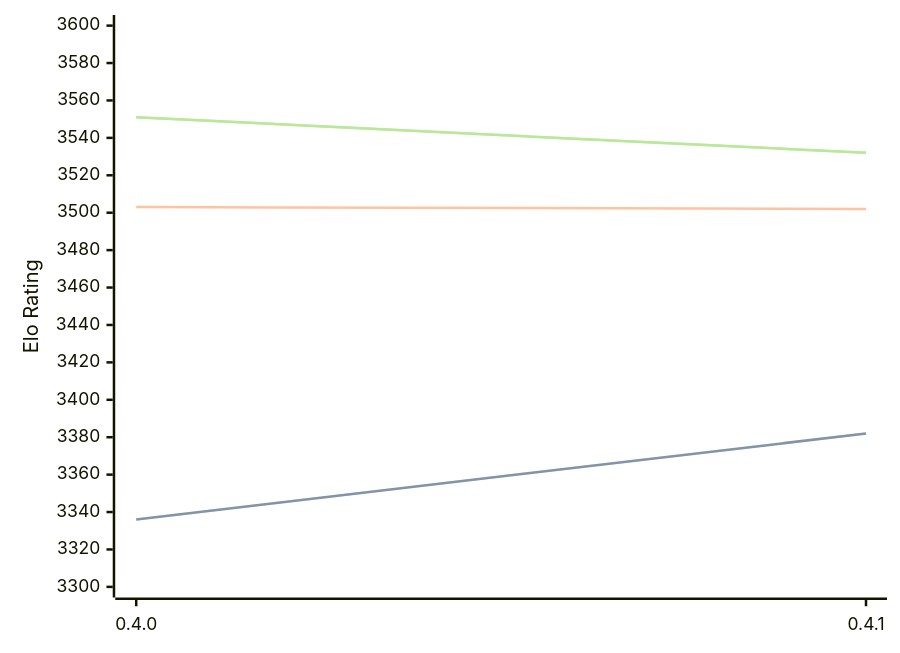
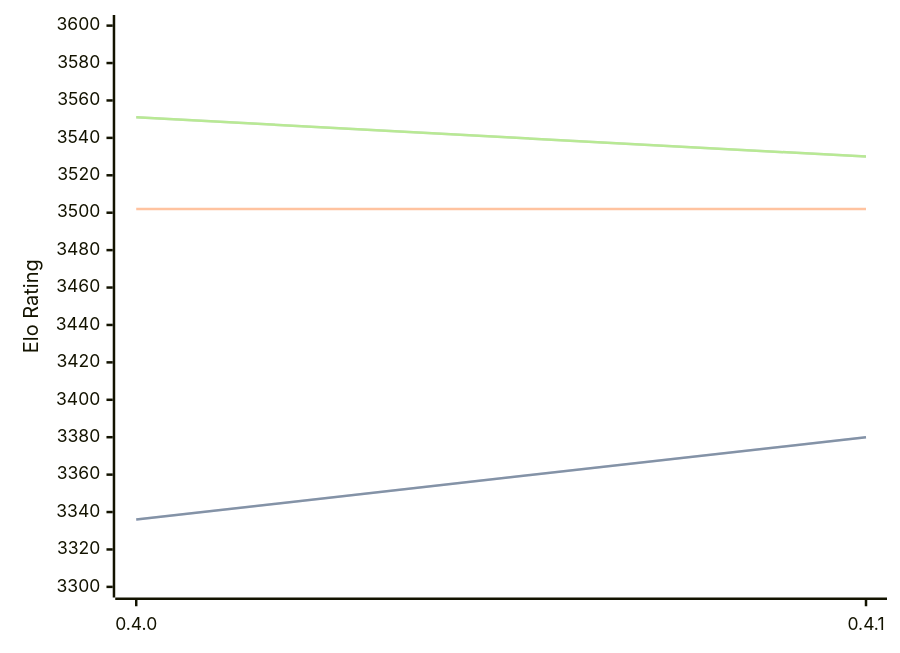
One commit to computer-chess-index/cci changed the diagram in engines/Cinder.md. Above: the diagram before and after it, drawn with Mermaid. The commit also changed other lines of this file, not shown here.

Commit message:
Update CCI Ratings (ELO VLTC) - 2026-03-30

````diff
--- a/engines/Cinder.md
+++ b/engines/Cinder.md
@@ -40,11 +40,11 @@
 ```mermaid
 %%{init: {"theme":"base","themeVariables":{"seriesColors:['#a3a3a3','#222221','#faa371']}}}%%
 xychart-beta
   x-axis ["0.4.0", "0.4.1"]
   y-axis "Elo Rating" 3300 --> 3600
-  line "STC (8.0+0.08s)" [3336, 3382]
-  line "STC (8.0+0.08s)" [3336, 3382]
-  line "LTC (60.0+0.60s)" [3503, 3502]
-  line "VLTC (2m24s+1.12s)" [3551, 3532]
-  line "VLTC (2m24s+1.12s)" [3551, 3532]
+  line "STC (8.0+0.08s)" [3336, 3380]
+  line "STC (8.0+0.08s)" [3336, 3380]
+  line "LTC (60.0+0.60s)" [3502, 3502]
+  line "VLTC (2m24s+1.12s)" [3551, 3530]
+  line "VLTC (2m24s+1.12s)" [3551, 3530]
 ```
````
